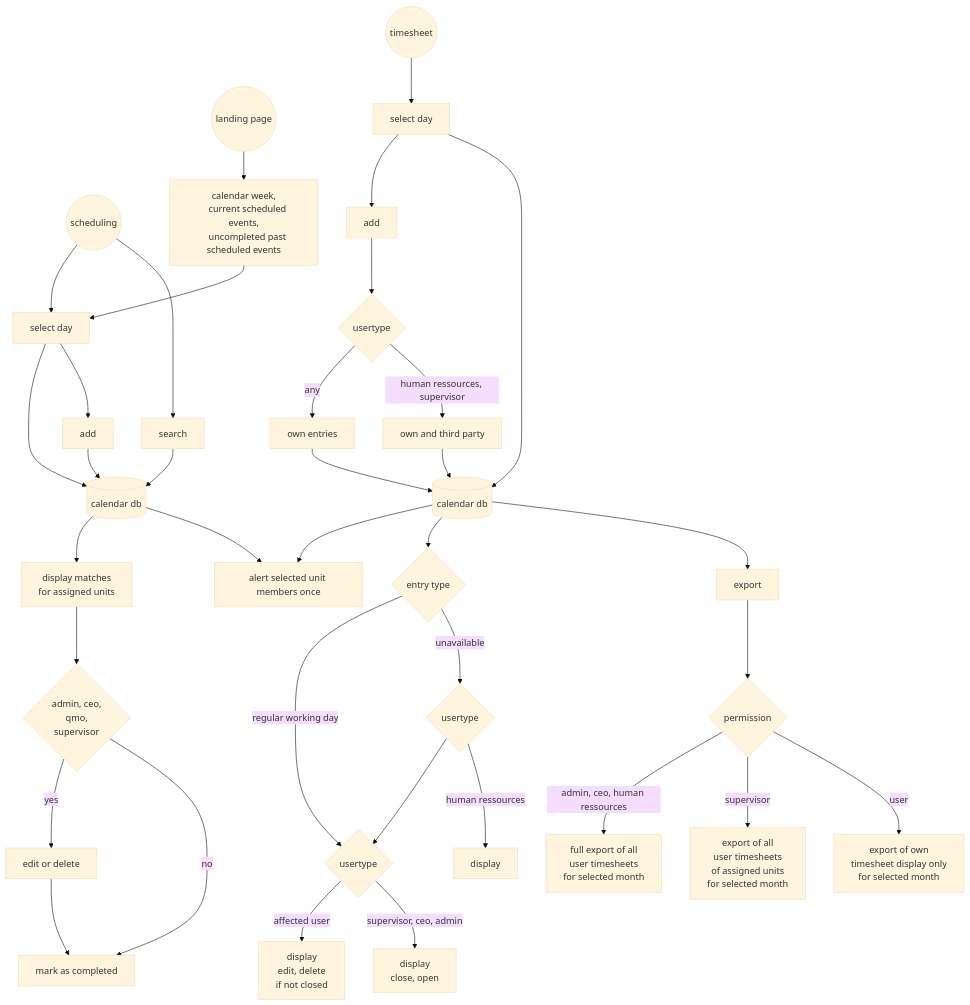
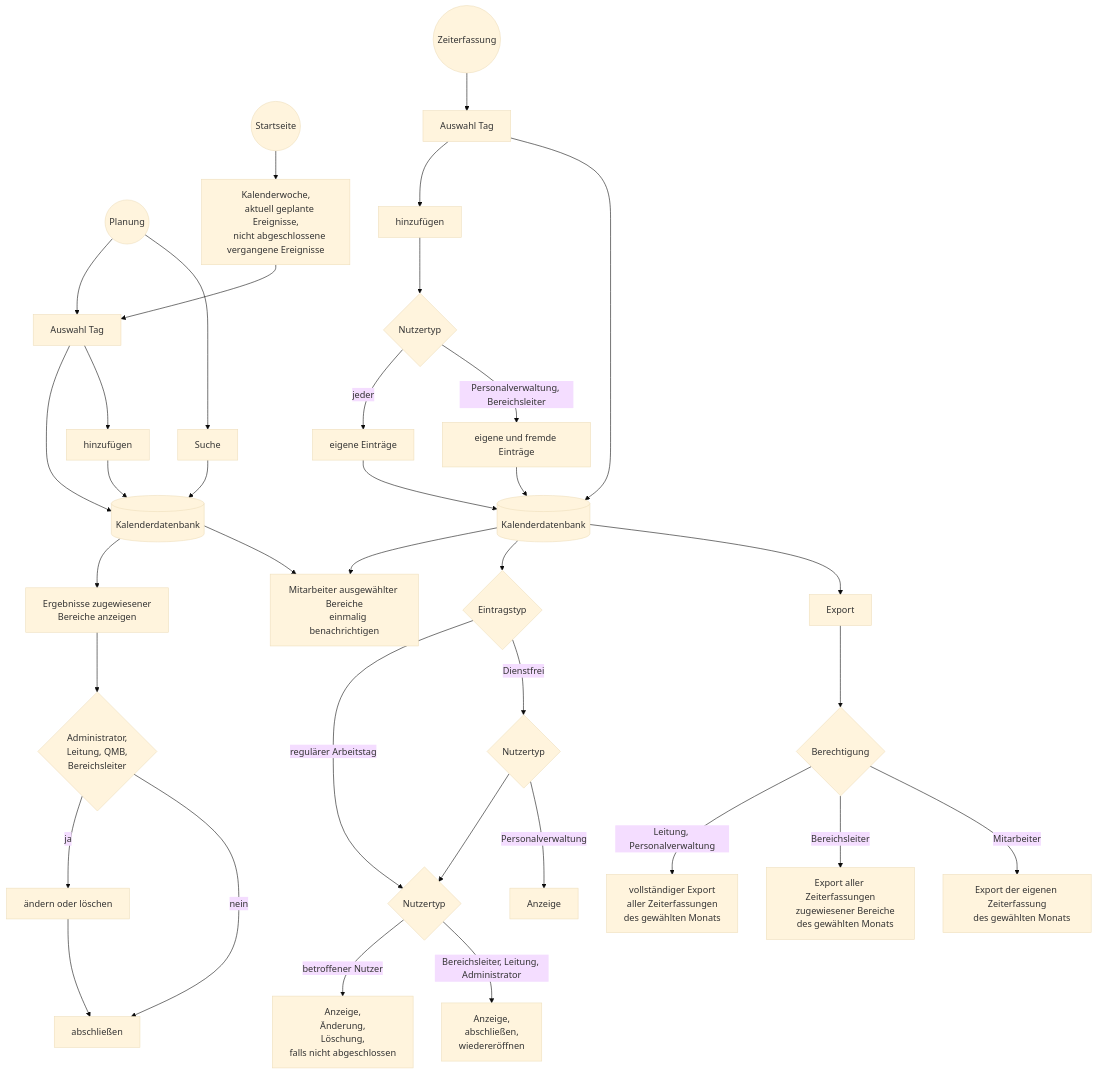
The fifth of 7 diagrams in readme.de.md (erroronline1/caro), drawn with Mermaid (base theme) before and after one commit. The commit also changed other lines of this file, not shown here.

````diff
--- a/readme.de.md
+++ b/readme.de.md
@@ -539,56 +539,57 @@
 ```mermaid
 graph TD;
-    scheduling((scheduling))-->select_day[select day];
-    scheduling-->search[search];
-    select_day-->database[(calendar db)];
-    select_day-->add[add];
+    scheduling((Planung))-->select_day[Auswahl Tag];
+    scheduling-->search[Suche];
+    select_day-->database[(Kalenderdatenbank)];
+    select_day-->add[hinzufügen];
     add-->database;
     search-->database;
-    database-->matches["display matches
-    for assigned units"];
-    matches-->permission{"admin, ceo,
-    qmo,
-    supervisor"};
-    permission-->|yes|edit[edit or delete];
-    permission-->|no|complete[mark as completed];
+    database-->matches["Ergebnisse zugewiesener
+    Bereiche anzeigen"];
+    matches-->permission{"Administrator,
+    Leitung, QMB,
+    Bereichsleiter"};
+    permission-->|ja|edit[ändern oder löschen];
+    permission-->|nein|complete[abschließen];
     edit-->complete;
-    database-->alert["alert selected unit members once"]
+    database-->alert["Mitarbeiter ausgewählter Bereiche
+    einmalig benachrichtigen"]
 
-    landing_page((landing page))-->summary["calendar week,
-    current scheduled events,
-    uncompleted past scheduled events"];
+    landing_page((Startseite))-->summary["Kalenderwoche,
+    aktuell geplante Ereignisse,
+    nicht abgeschlossene vergangene Ereignisse"];
     summary-->select_day
 
-    timesheet((timesheet))-->select_day2[select day];
-    select_day2-->add2[add];
-    add2-->usertype{usertype};
-    usertype-->|any|own[own entries];
-    usertype-->|human ressources, supervisor|foreign[own and third party];
+    timesheet((Zeiterfassung))-->select_day2[Auswahl Tag];
+    select_day2-->add2[hinzufügen];
+    add2-->usertype{Nutzertyp};
+    usertype-->|jeder|own[eigene Einträge];
+    usertype-->|Personalverwaltung, Bereichsleiter|foreign[eigene und fremde Einträge];
     own-->database2;
     foreign-->database2;
-    select_day2-->database2[(calendar db)];
+    select_day2-->database2[(Kalenderdatenbank)];
     database2-->alert;
-    database2-->entrytype{entry type};
-    entrytype-->|regular working day|usertype2{usertype};
-    usertype2-->|affected user|display_edit["display
-    edit, delete
-    if not closed"];
-    usertype2-->|supervisor, ceo, admin|display_close["display
-    close, open"];
-    entrytype-->|unavailable|usertype3{usertype};
+    database2-->entrytype{Eintragstyp};
+    entrytype-->|regulärer Arbeitstag|usertype2{Nutzertyp};
+    usertype2-->|betroffener Nutzer|display_edit["Anzeige,
+    Änderung,
+    Löschung,
+    falls nicht abgeschlossen"];
+    usertype2-->|Bereichsleiter, Leitung, Administrator|display_close["Anzeige,
+    abschließen,
+    wiedereröffnen"];
+    entrytype-->|Dienstfrei|usertype3{Nutzertyp};
     usertype3-->usertype2;
-    usertype3-->|human ressources|display_only[display]
+    usertype3-->|Personalverwaltung|display_only[Anzeige]
     
-    database2-->export[export];
-    export-->permission2{permission};
-    permission2-->|admin, ceo, human ressources|fullexport["full export of all
-    user timesheets
-    for selected month"];
-    permission2-->|supervisor|partexport["export of all
-    user timesheets
-    of assigned units
-    for selected month"];
-    permission2-->|user|ownexport["export of own
-    timesheet display only
-    for selected month"]
+    database2-->export[Export];
+    export-->permission2{Berechtigung};
+    permission2-->|Leitung, Personalverwaltung|fullexport["vollständiger Export
+    aller Zeiterfassungen
+    des gewählten Monats"];
+    permission2-->|Bereichsleiter|partexport["Export aller Zeiterfassungen
+    zugewiesener Bereiche
+    des gewählten Monats"];
+    permission2-->|Mitarbeiter|ownexport["Export der eigenen Zeiterfassung
+    des gewählten Monats"]
 ```
````
